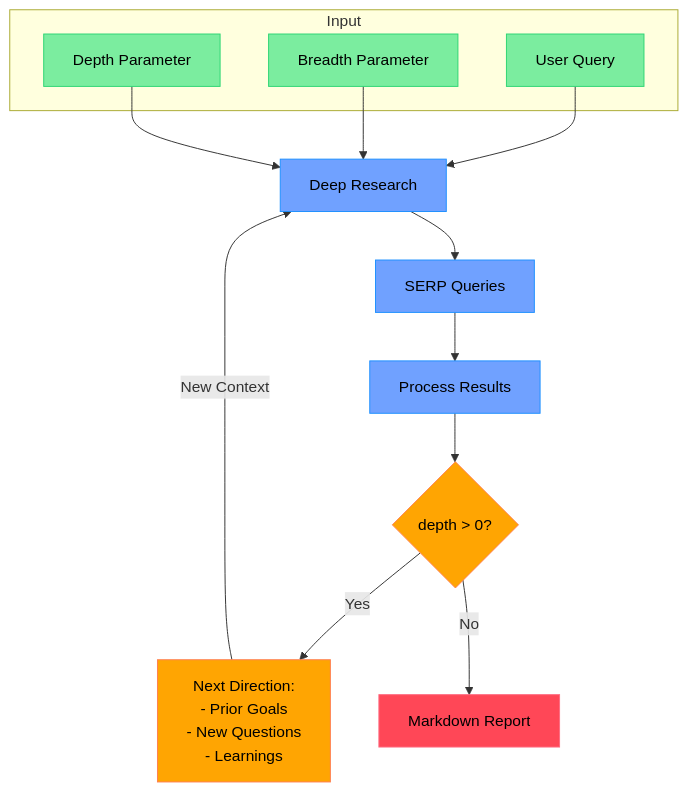
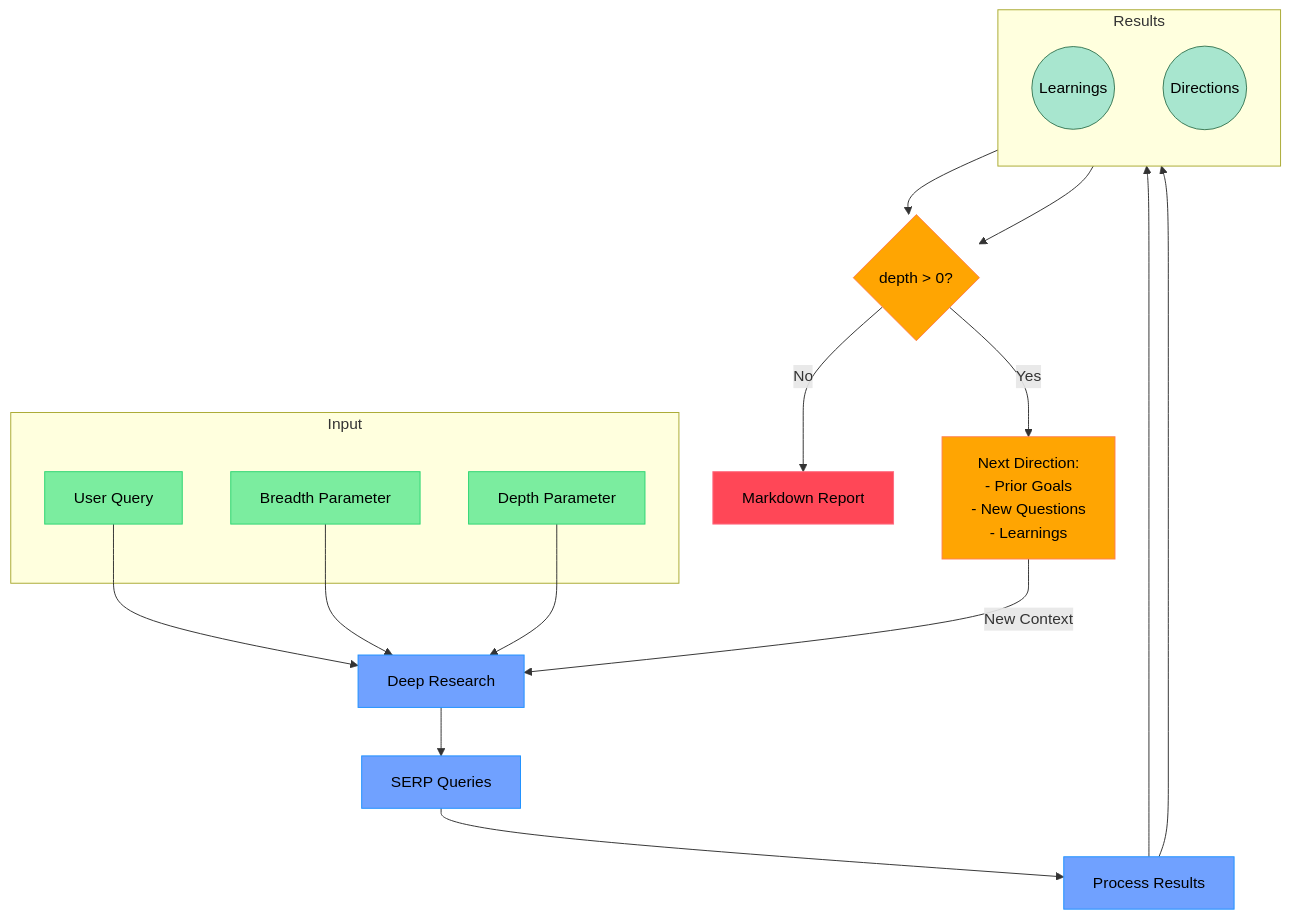
The diagram in README.md (BoomingMind/autonomous-research-assistant), drawn with Mermaid before and after one commit.

````diff
--- a/README.md
+++ b/README.md
@@ -7,41 +7,56 @@
 ```mermaid
 flowchart TB
     subgraph Input
         Q[User Query]
         B[Breadth Parameter]
         D[Depth Parameter]
     end
 
     DR[Deep Research] -->
     SQ[SERP Queries] -->
-    PR[Process Results] -->
+    PR[Process Results]
+
+    subgraph Results[Results]
+        direction TB
+        NL((Learnings))
+        ND((Directions))
+    end
+
+    PR --> NL
+    PR --> ND
+
     DP{depth > 0?}
 
     RD["Next Direction:
     - Prior Goals
     - New Questions
     - Learnings"]
 
     MR[Markdown Report]
 
     %% Main Flow
     Q & B & D --> DR
+
+    %% Results to Decision
+    NL & ND --> DP
 
     %% Circular Flow
     DP -->|Yes| RD
     RD -->|New Context| DR
 
     %% Final Output
     DP -->|No| MR
 
     %% Styling
     classDef input fill:#7bed9f,stroke:#2ed573,color:black
     classDef process fill:#70a1ff,stroke:#1e90ff,color:black
     classDef recursive fill:#ffa502,stroke:#ff7f50,color:black
     classDef output fill:#ff4757,stroke:#ff6b81,color:black
+    classDef results fill:#a8e6cf,stroke:#3b7a57,color:black
 
     class Q,B,D input
     class DR,SQ,PR process
     class DP,RD recursive
     class MR output
+    class NL,ND results
 ```
````
